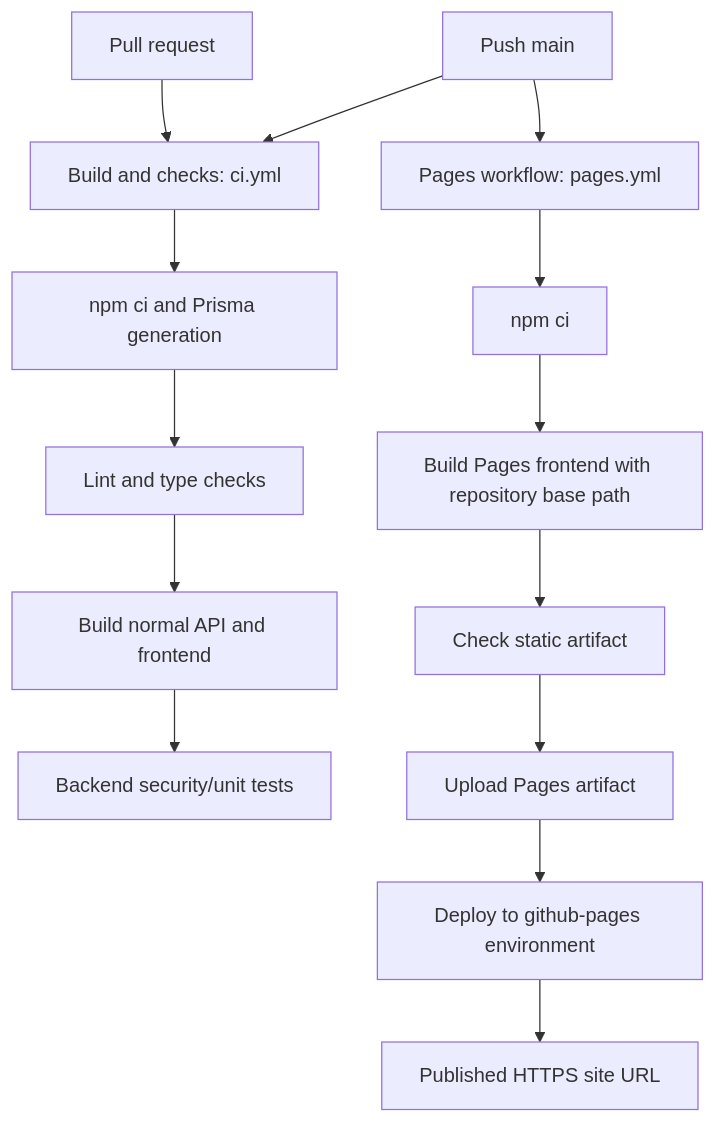
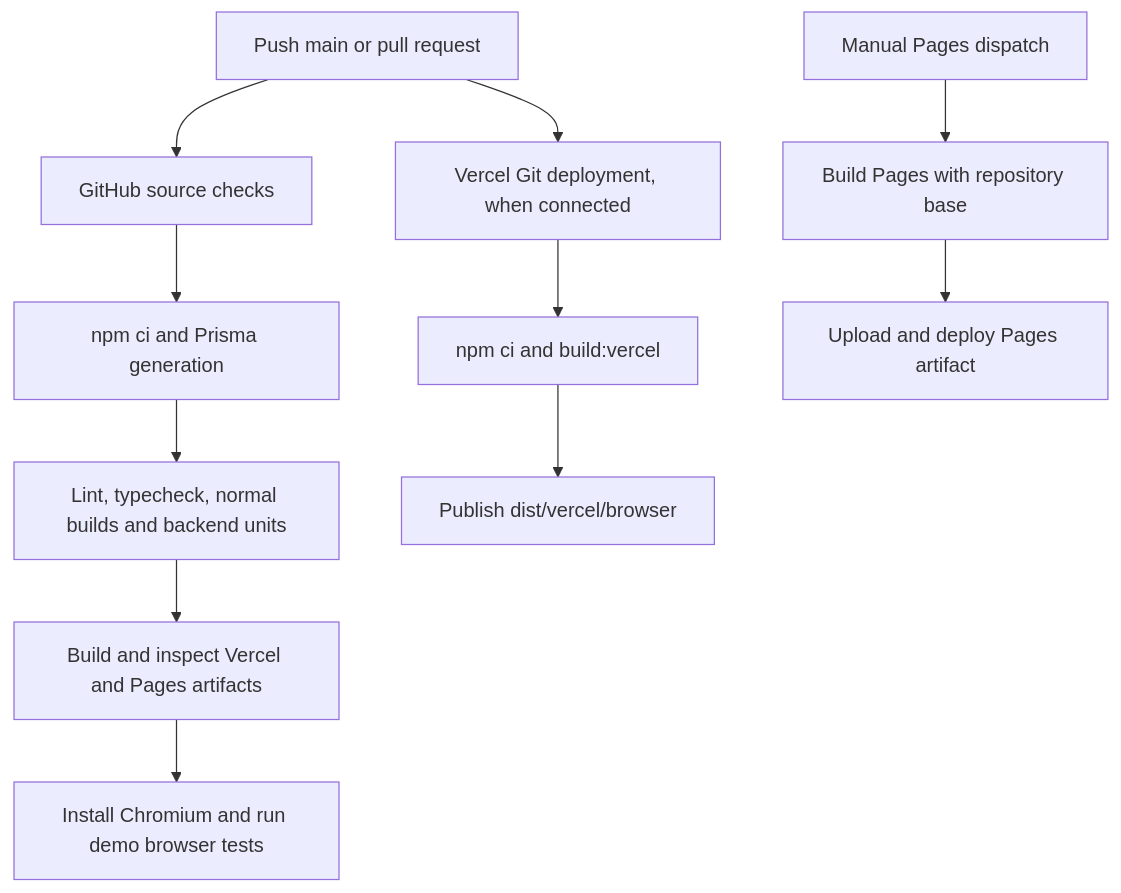
Before and after one commit to BytesBySuyash/HireHelper: the eighth of 8 diagrams in docs/PROJECT_GUIDE.md, drawn with Mermaid. The commit also changed other lines of this file and 16 other files, not shown here.

````diff
--- a/docs/PROJECT_GUIDE.md
+++ b/docs/PROJECT_GUIDE.md
@@ -582,16 +596,13 @@
 ```mermaid
 flowchart TD
-  P[Push main] --> CI[Build and checks: ci.yml]
-  P --> PG[Pages workflow: pages.yml]
-  PR[Pull request] --> CI
+  P[Push main or pull request] --> CI[GitHub source checks]
   CI --> I[npm ci and Prisma generation]
-  I --> Q[Lint and type checks]
-  Q --> B[Build normal API and frontend]
-  B --> T[Backend security/unit tests]
-  PG --> PI[npm ci]
-  PI --> PB[Build Pages frontend with repository base path]
-  PB --> PC[Check static artifact]
-  PC --> U[Upload Pages artifact]
-  U --> D[Deploy to github-pages environment]
-  D --> URL[Published HTTPS site URL]
+  I --> Q[Lint, typecheck, normal builds and backend units]
+  Q --> B[Build and inspect Vercel and Pages artifacts]
+  B --> T[Install Chromium and run demo browser tests]
+  P --> V[Vercel Git deployment, when connected]
+  V --> VB[npm ci and build:vercel]
+  VB --> S[Publish dist/vercel/browser]
+  M[Manual Pages dispatch] --> PG[Build Pages with repository base]
+  PG --> D[Upload and deploy Pages artifact]
 ```
````
